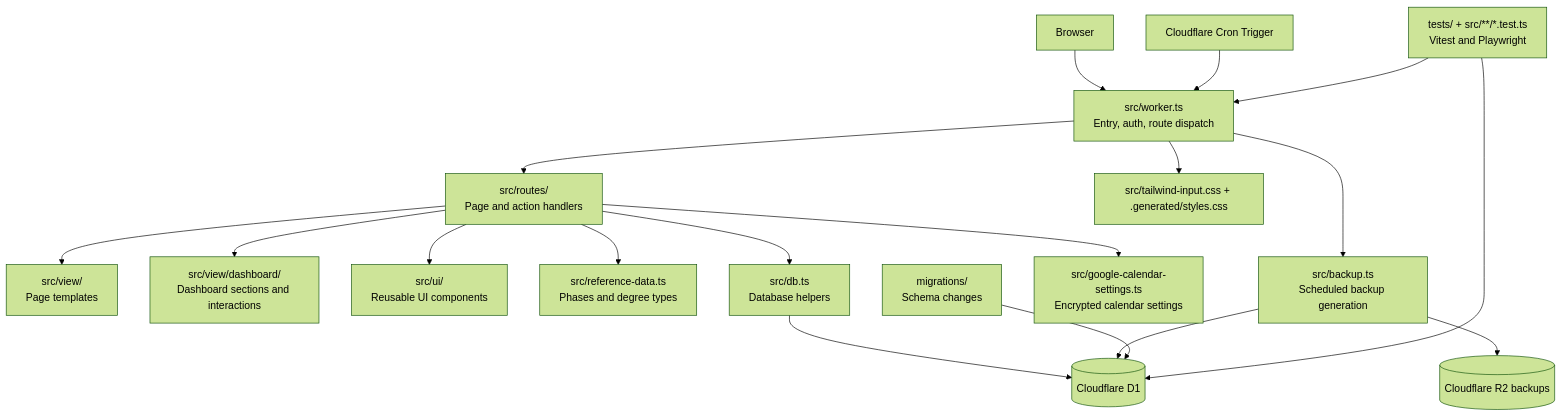
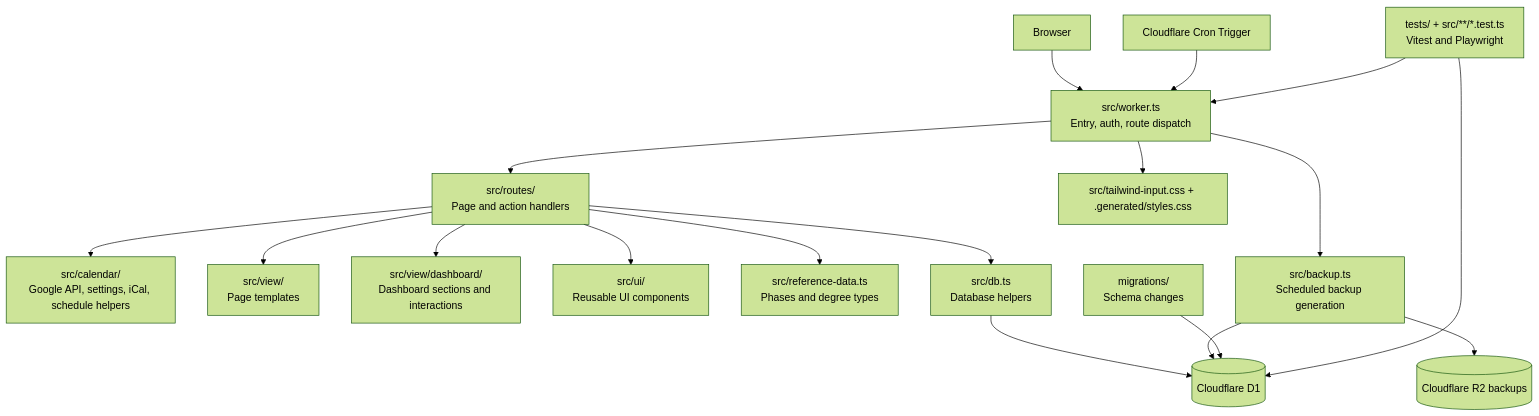
One commit to bebraw/thesis-journey-tracker changed the diagram in docs/project-structure.md. Above: the diagram before and after it, drawn with Mermaid (forest theme). The commit also changed other lines of this file and 7 other files, not shown here.

````diff
--- a/docs/project-structure.md
+++ b/docs/project-structure.md
@@ -33,37 +33,37 @@
 ```mermaid
 graph TD
     Browser[Browser]
     Worker[src/worker.ts<br/>Entry, auth, route dispatch]
     Routes[src/routes/<br/>Page and action handlers]
+    Calendar[src/calendar/<br/>Google API, settings, iCal, schedule helpers]
     Views[src/view/<br/>Page templates]
     Dashboard[src/view/dashboard/<br/>Dashboard sections and interactions]
     UI[src/ui/<br/>Reusable UI components]
     Reference[src/reference-data.ts<br/>Phases and degree types]
     DB[src/db.ts<br/>Database helpers]
     Backup[src/backup.ts<br/>Scheduled backup generation]
-    CalendarSettings[src/google-calendar-settings.ts<br/>Encrypted calendar settings]
     D1[(Cloudflare D1)]
     R2[(Cloudflare R2 backups)]
     Migrations[migrations/<br/>Schema changes]
     Tests[tests/ + src/**/*.test.ts<br/>Vitest and Playwright]
     CSS[src/tailwind-input.css + .generated/styles.css]
     Cron[Cloudflare Cron Trigger]
 
     Browser --> Worker
     Worker --> Routes
     Routes --> Views
     Routes --> Dashboard
     Routes --> UI
     Routes --> Reference
     Routes --> DB
-    Routes --> CalendarSettings
+    Routes --> Calendar
     Worker --> Backup
     Worker --> CSS
     DB --> D1
     Cron --> Worker
     Backup --> D1
     Backup --> R2
     Migrations --> D1
     Tests --> Worker
     Tests --> D1
 ```
````
